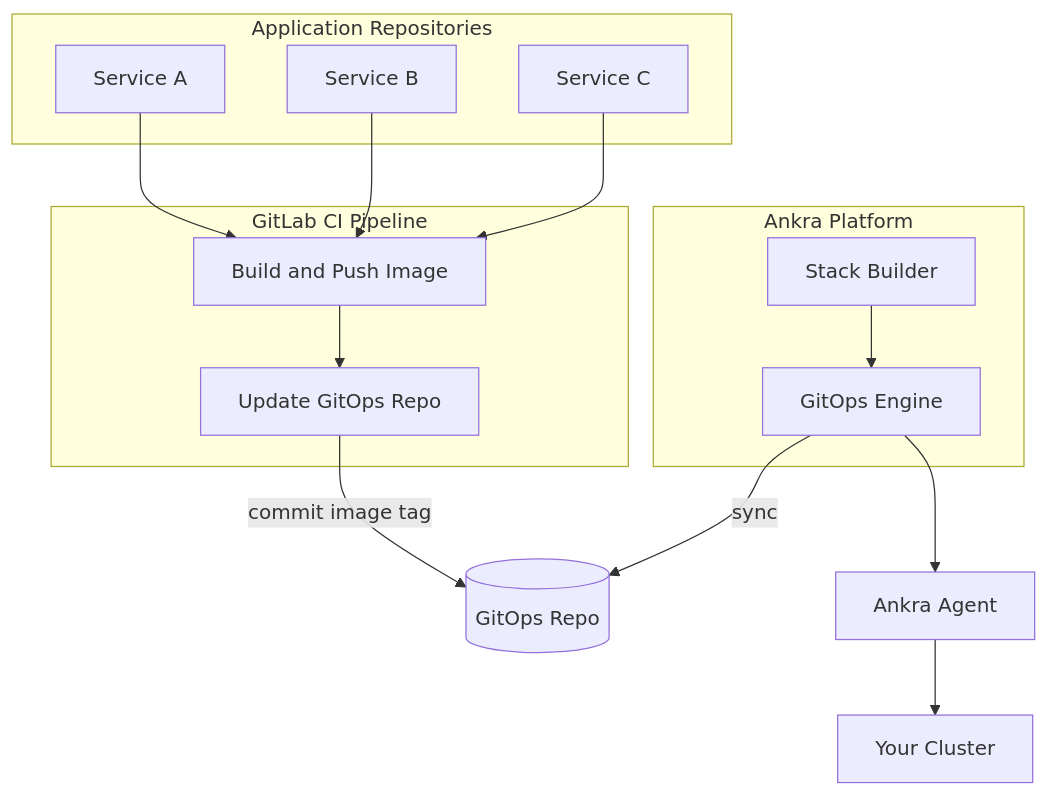
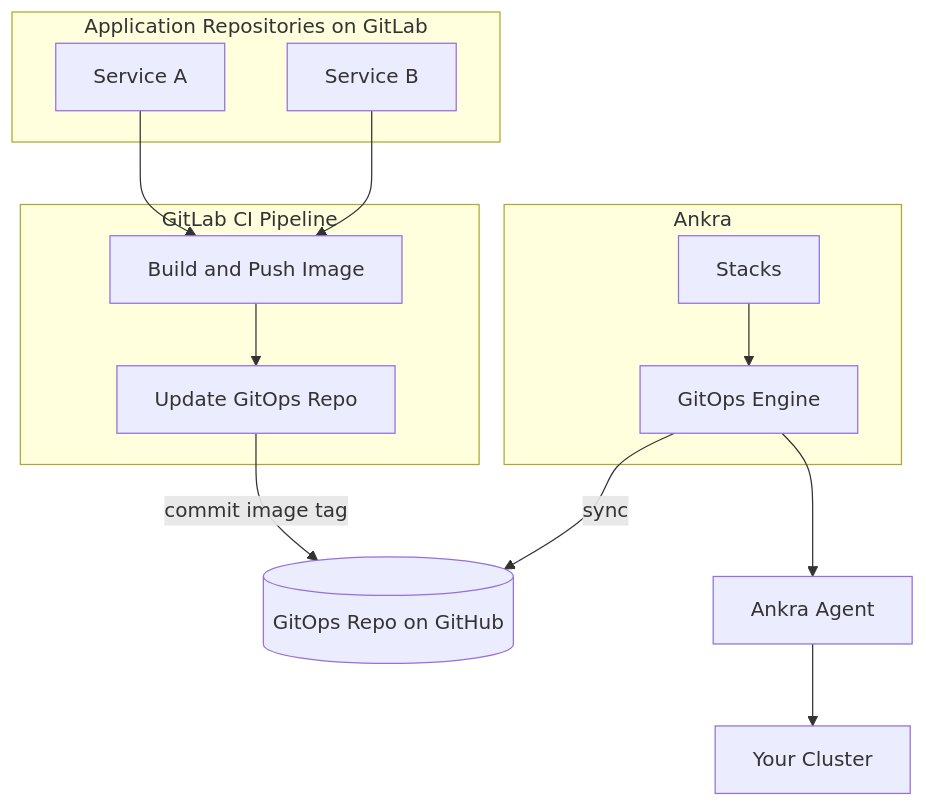
One commit to ankraio/ankra-docs changed the diagram in guides/gitlab-cicd-pipeline.mdx. Above: the diagram before and after it, drawn with Mermaid. The commit also changed other lines of this file and 26 other files, not shown here.

First line of the commit message:
docs(applications): the application page, previews, roll back, Git providers, managed services and a move from Argo CD on the portal as served (ankra-4xh2sn.5.4)

````diff
--- a/guides/gitlab-cicd-pipeline.mdx
+++ b/guides/gitlab-cicd-pipeline.mdx
@@ -18,33 +16,31 @@
 ```mermaid
 flowchart TB
-    subgraph AppRepos [Application Repositories]
+    subgraph AppRepos [Application Repositories on GitLab]
         ServiceA[Service A]
         ServiceB[Service B]
-        ServiceC[Service C]
     end
 
     subgraph CI [GitLab CI Pipeline]
         Build[Build and Push Image]
         Update[Update GitOps Repo]
     end
 
-    GitOps[(GitOps Repo)]
+    GitOps[(GitOps Repo on GitHub)]
 
-    subgraph Ankra [Ankra Platform]
-        StackBuilder[Stack Builder]
+    subgraph Ankra [Ankra]
+        Stacks[Stacks]
         Engine[GitOps Engine]
     end
 
     Agent[Ankra Agent]
     Cluster[Your Cluster]
 
     ServiceA --> Build
     ServiceB --> Build
-    ServiceC --> Build
     Build --> Update
     Update -->|commit image tag| GitOps
-    StackBuilder --> Engine
+    Stacks --> Engine
     Engine -->|sync| GitOps
     Engine --> Agent
     Agent --> Cluster
 ```
````
